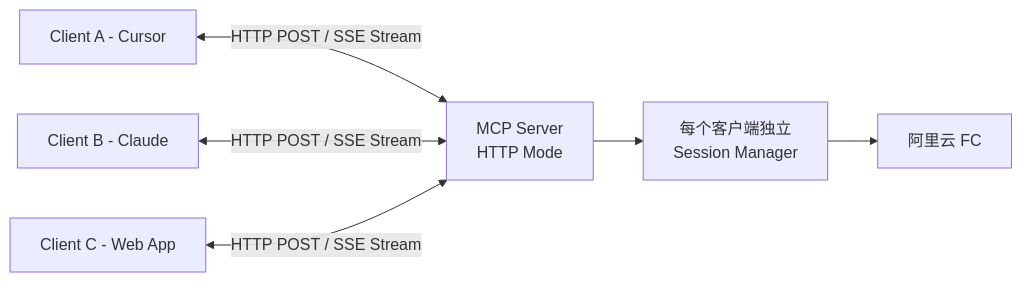
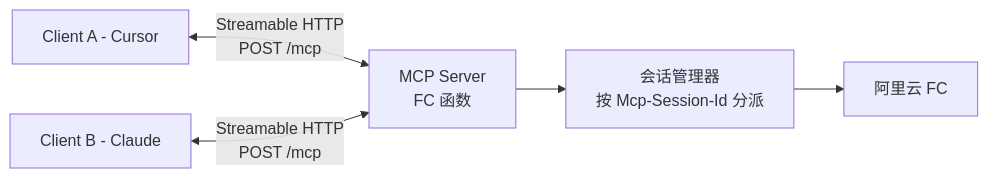
Before and after one commit to Easy-Sandbox/easy-sandbox: the fourth of 6 diagrams in docs/zh/design/mcp-server.md, drawn with Mermaid. The commit also changed other lines of this file and 357 other files, not shown here.

````diff
--- a/docs/zh/design/mcp-server.md
+++ b/docs/zh/design/mcp-server.md
@@ -275,8 +277,7 @@
 ```mermaid
 graph LR
-    A["Client A - Cursor"] <-->|"HTTP POST / SSE Stream"| MCP["MCP Server<br/>HTTP Mode"]
-    B["Client B - Claude"] <-->|"HTTP POST / SSE Stream"| MCP
-    C["Client C - Web App"] <-->|"HTTP POST / SSE Stream"| MCP
-    MCP --> SM["每个客户端独立<br/>Session Manager"]
+    A["Client A - Cursor"] <-->|"Streamable HTTP<br/>POST /mcp"| MCP["MCP Server<br/>FC 函数"]
+    B["Client B - Claude"] <-->|"Streamable HTTP<br/>POST /mcp"| MCP
+    MCP --> SM["会话管理器<br/>按 Mcp-Session-Id 分派"]
     SM --> FC[阿里云 FC]
 ```
````
